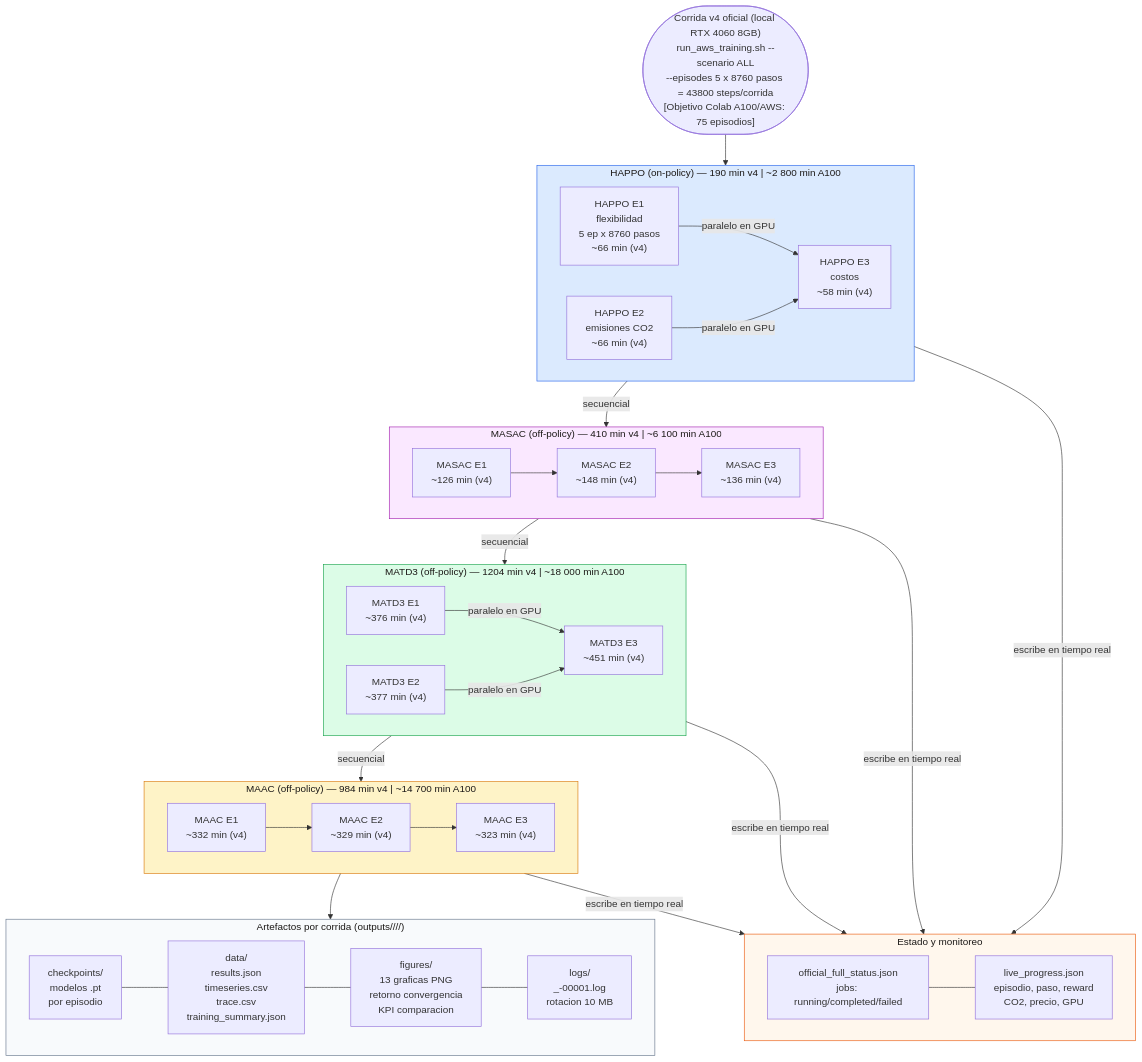
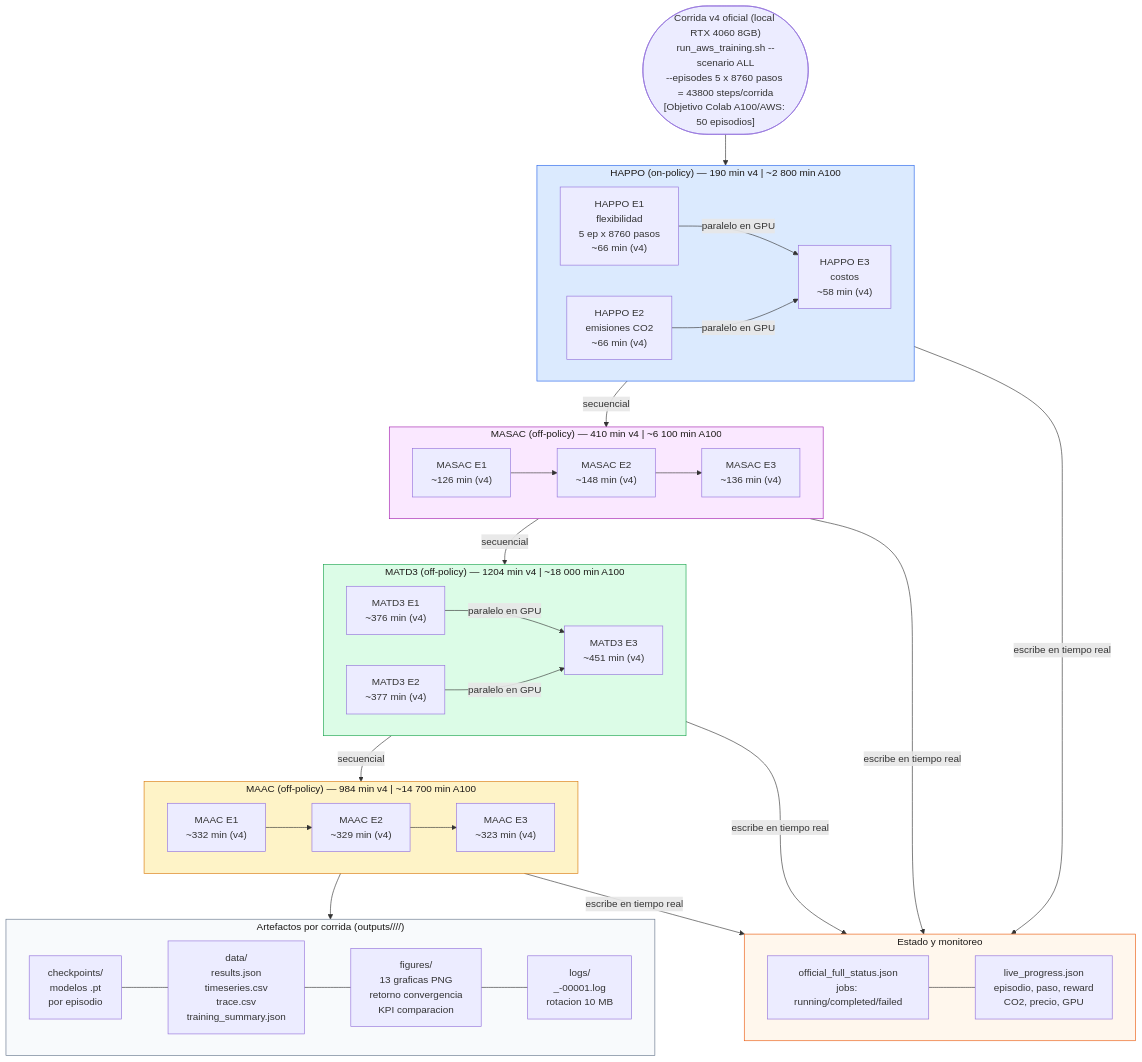
One commit to Mac-Tapia/MADRLCitytleranflexresdr changed the fifth of 9 diagrams in docs/architecture/ARQUITECTURA_PROYECTO_DEFENSA.md. Above: the diagram before and after it, drawn with Mermaid. The commit also changed other lines of this file and 21 other files, not shown here.

````diff
--- a/docs/architecture/ARQUITECTURA_PROYECTO_DEFENSA.md
+++ b/docs/architecture/ARQUITECTURA_PROYECTO_DEFENSA.md
@@ -263,68 +263,68 @@
 ```mermaid
 flowchart TD
-    START(["Corrida v4 oficial (local RTX 4060 8GB)\nrun_aws_training.sh --scenario ALL\n--episodes 5 x 8760 pasos = 43800 steps/corrida\n[Objetivo Colab A100/AWS: 75 episodios]"])
+    START(["Corrida v4 oficial (local RTX 4060 8GB)\nrun_aws_training.sh --scenario ALL\n--episodes 5 x 8760 pasos = 43800 steps/corrida\n[Objetivo Colab A100/AWS: 50 episodios]"])
 
     subgraph HAPPO_RUN["HAPPO (on-policy) — 190 min v4 | ~2 800 min A100"]
         H_E1["HAPPO E1\nflexibilidad\n5 ep x 8760 pasos\n~66 min (v4)"]
         H_E2["HAPPO E2\nemisiones CO2\n~66 min (v4)"]
         H_E3["HAPPO E3\ncostos\n~58 min (v4)"]
         H_E1 & H_E2 -->|"paralelo en GPU"| H_E3
     end
 
     subgraph MASAC_RUN["MASAC (off-policy) — 410 min v4 | ~6 100 min A100"]
         M_E1["MASAC E1\n~126 min (v4)"]
         M_E2["MASAC E2\n~148 min (v4)"]
         M_E3["MASAC E3\n~136 min (v4)"]
         M_E1 --> M_E2 --> M_E3
     end
 
     subgraph MATD3_RUN["MATD3 (off-policy) — 1204 min v4 | ~18 000 min A100"]
         T_E1["MATD3 E1\n~376 min (v4)"]
         T_E2["MATD3 E2\n~377 min (v4)"]
         T_E3["MATD3 E3\n~451 min (v4)"]
         T_E1 & T_E2 -->|"paralelo en GPU"| T_E3
     end
 
     subgraph MAAC_RUN["MAAC (off-policy) — 984 min v4 | ~14 700 min A100"]
         A_E1["MAAC E1\n~332 min (v4)"]
         A_E2["MAAC E2\n~329 min (v4)"]
         A_E3["MAAC E3\n~323 min (v4)"]
         A_E1 --> A_E2 --> A_E3
     end
 
     subgraph ARTEFACTOS["Artefactos por corrida (outputs/<ts>/<sc>/<algo>/)"]
         direction LR
         CHK["checkpoints/\nmodelos .pt\npor episodio"]
         DATA["data/\nresults.json\ntimeseries.csv\ntrace.csv\ntraining_summary.json"]
         FIG["figures/\n13 graficas PNG\nretorno convergencia\nKPI comparacion"]
         LOG["logs/\n<algo>_<sc>-00001.log\nrotacion 10 MB"]
         CHK --- DATA --- FIG --- LOG
     end
 
     START --> HAPPO_RUN
     HAPPO_RUN -->|"secuencial"| MASAC_RUN
     MASAC_RUN -->|"secuencial"| MATD3_RUN
     MATD3_RUN -->|"secuencial"| MAAC_RUN
     MAAC_RUN --> ARTEFACTOS
 
     subgraph STATUS["Estado y monitoreo"]
         S1["official_full_status.json\njobs: running/completed/failed"]
         S2["live_progress.json\nepisodio, paso, reward\nCO2, precio, GPU"]
         S1 --- S2
     end
 
     HAPPO_RUN & MASAC_RUN & MATD3_RUN & MAAC_RUN -->|"escribe en tiempo real"| STATUS
 
     classDef happo fill:#dbeafe,stroke:#2563eb,color:#1c1917
     classDef masac fill:#fae8ff,stroke:#a21caf,color:#1c1917
     classDef matd3 fill:#dcfce7,stroke:#16a34a,color:#1c1917
     classDef maac fill:#fef3c7,stroke:#d97706,color:#1c1917
     classDef art fill:#f8fafc,stroke:#64748b,color:#1c1917
     classDef stat fill:#fff7ed,stroke:#ea580c,color:#1c1917
     class HAPPO_RUN happo
     class MASAC_RUN masac
     class MATD3_RUN matd3
     class MAAC_RUN maac
     class ARTEFACTOS art
     class STATUS stat
 ```
````
